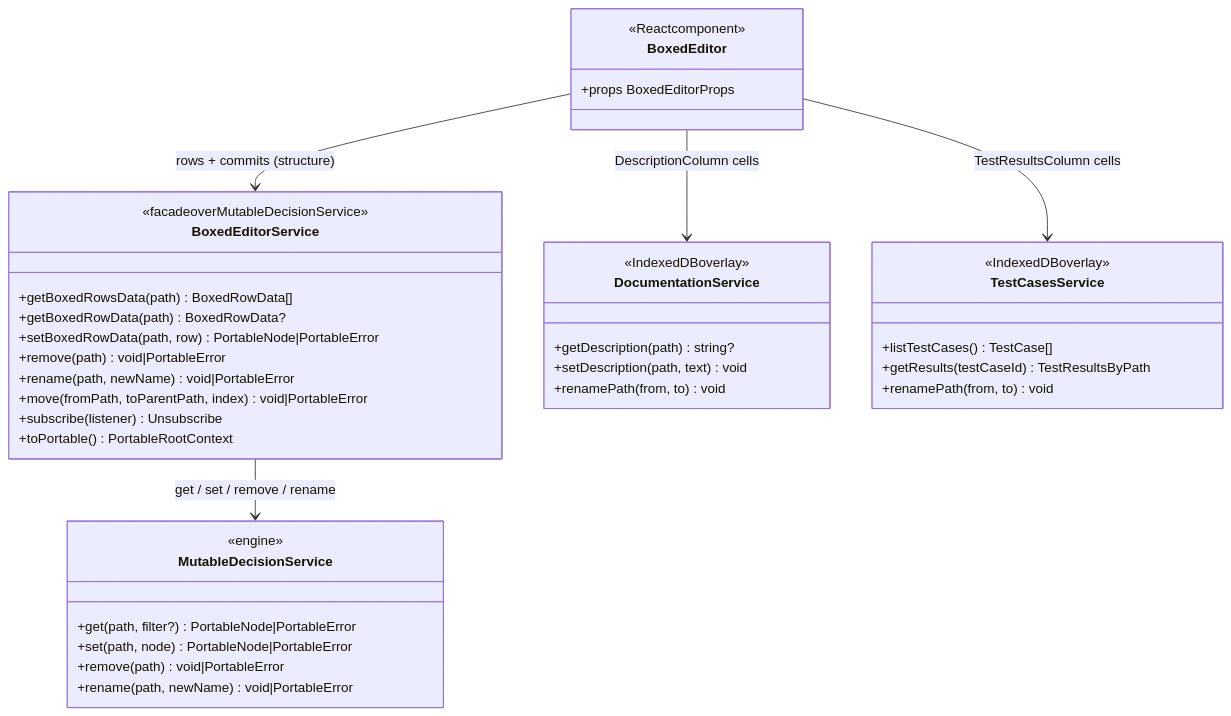
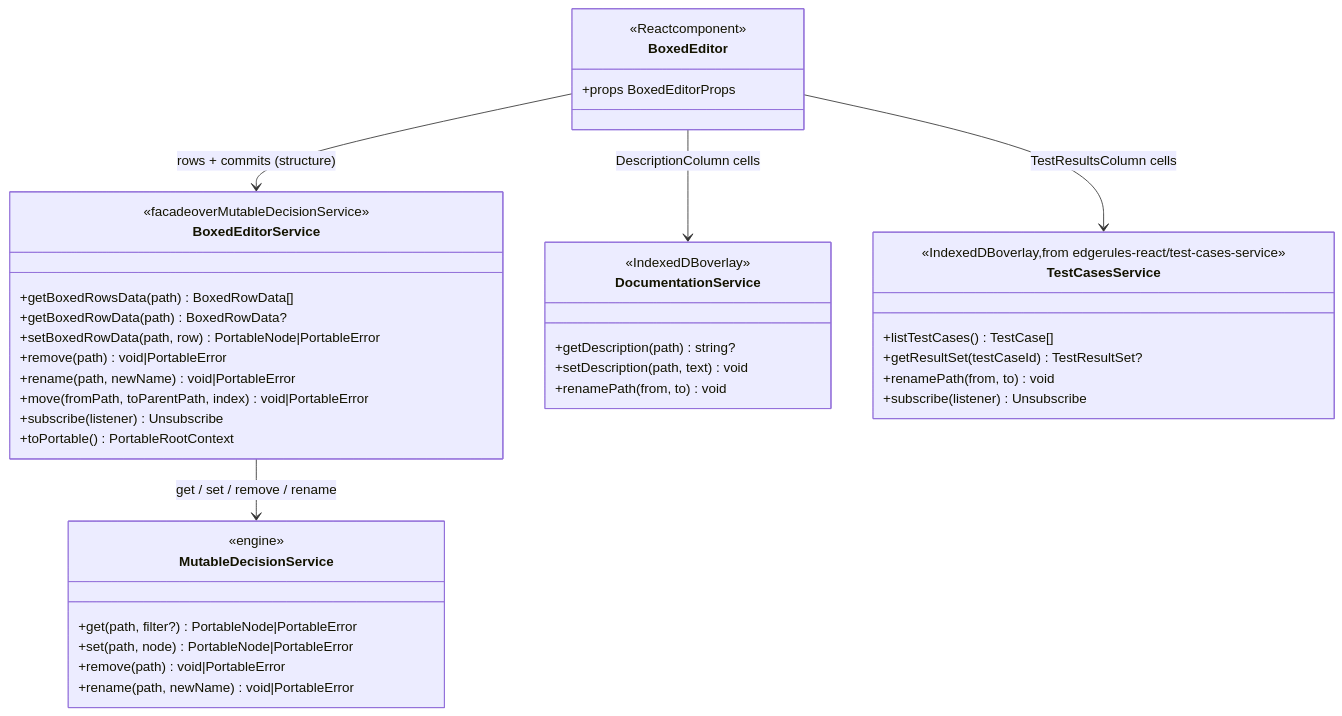
One commit to rimvydasb/edgerules-react changed the second of 4 diagrams in docs/BOXED_EDITOR_SPEC.md. Above: the diagram before and after it, drawn with Mermaid. The commit also changed other lines of this file and 53 other files, not shown here.

````diff
--- a/docs/BOXED_EDITOR_SPEC.md
+++ b/docs/BOXED_EDITOR_SPEC.md
@@ -487,42 +489,43 @@
 ```mermaid
 classDiagram
     class BoxedEditor {
         <<Reactcomponent>>
         +props BoxedEditorProps
     }
     class BoxedEditorService {
         <<facadeoverMutableDecisionService>>
         +getBoxedRowsData(path) BoxedRowData[]
         +getBoxedRowData(path) BoxedRowData?
         +setBoxedRowData(path, row) PortableNode|PortableError
         +remove(path) void|PortableError
         +rename(path, newName) void|PortableError
         +move(fromPath, toParentPath, index) void|PortableError
         +subscribe(listener) Unsubscribe
         +toPortable() PortableRootContext
     }
     class MutableDecisionService {
         <<engine>>
         +get(path, filter?) PortableNode|PortableError
         +set(path, node) PortableNode|PortableError
         +remove(path) void|PortableError
         +rename(path, newName) void|PortableError
     }
     class DocumentationService {
         <<IndexedDBoverlay>>
         +getDescription(path) string?
         +setDescription(path, text) void
         +renamePath(from, to) void
     }
     class TestCasesService {
-        <<IndexedDBoverlay>>
+        <<IndexedDBoverlay,from edgerules-react/test-cases-service>>
         +listTestCases() TestCase[]
-        +getResults(testCaseId) TestResultsByPath
+        +getResultSet(testCaseId) TestResultSet?
         +renamePath(from, to) void
+        +subscribe(listener) Unsubscribe
     }
 
     BoxedEditor --> BoxedEditorService: rows + commits (structure)
     BoxedEditor --> DocumentationService: DescriptionColumn cells
     BoxedEditor --> TestCasesService: TestResultsColumn cells
     BoxedEditorService --> MutableDecisionService: get / set / remove / rename
 ```
````
